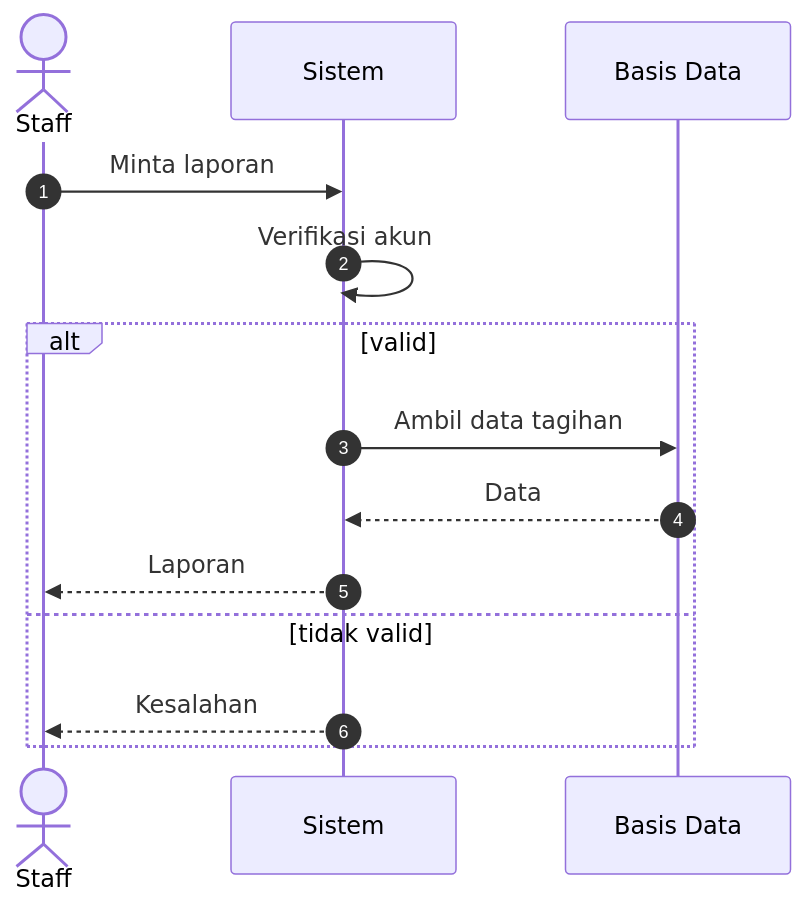
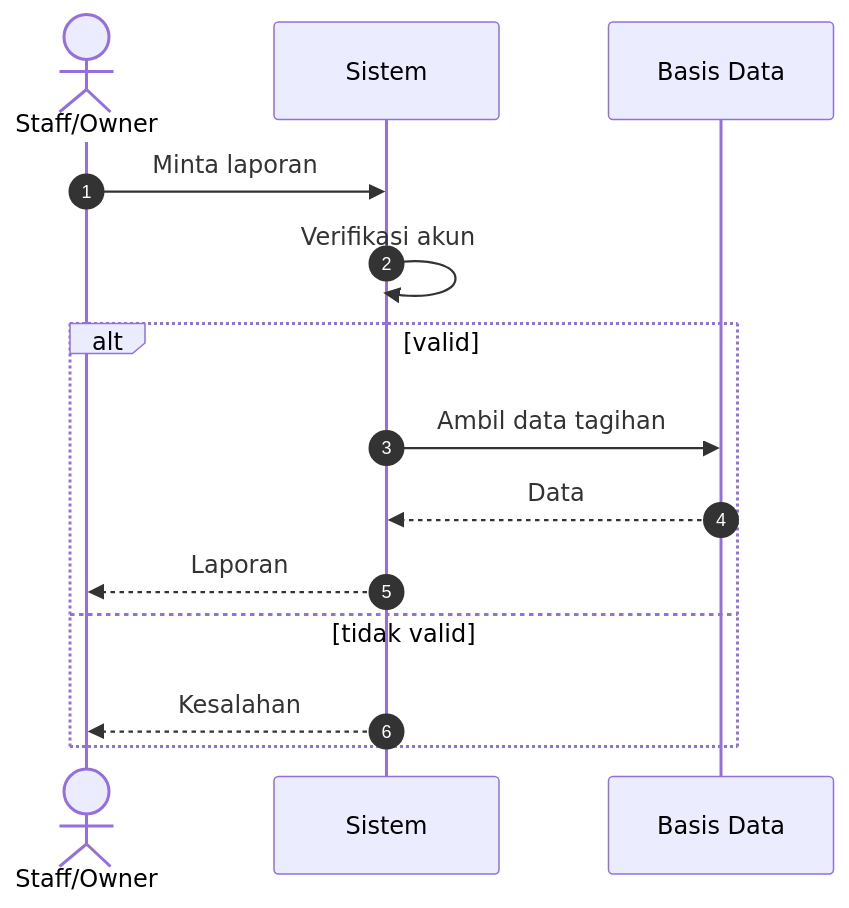
Before and after one commit to ahmadyasser72/tem-2: the diagram in docs/diagrams/seq_report.mmd, drawn with Mermaid. The commit also changed 21 other files, not shown here.

Commit message:
fix format, tambah aktor (owner), tambah resolved_by pada tabel complaints, ubah class diagram menggunakan plantuml

```diff
--- a/docs/diagrams/seq_report.mmd
+++ b/docs/diagrams/seq_report.mmd
@@ -1,16 +1,16 @@
 sequenceDiagram
     autonumber
-    actor Staff
+    actor Pengelola as Staff/Owner
     participant Sistem
     participant Basis Data
 
-    Staff->>Sistem: Minta laporan
+    Pengelola->>Sistem: Minta laporan
     Sistem->>Sistem: Verifikasi akun
 
     alt valid
         Sistem->>Basis Data: Ambil data tagihan
         Basis Data-->>Sistem: Data
-        Sistem-->>Staff: Laporan
+        Sistem-->>Pengelola: Laporan
     else tidak valid
-        Sistem-->>Staff: Kesalahan
+        Sistem-->>Pengelola: Kesalahan
     end
```
